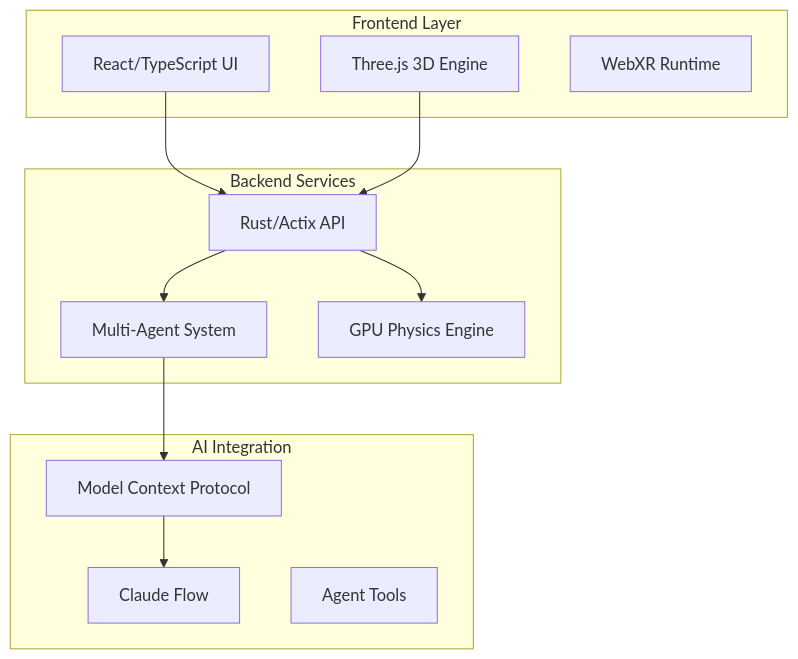
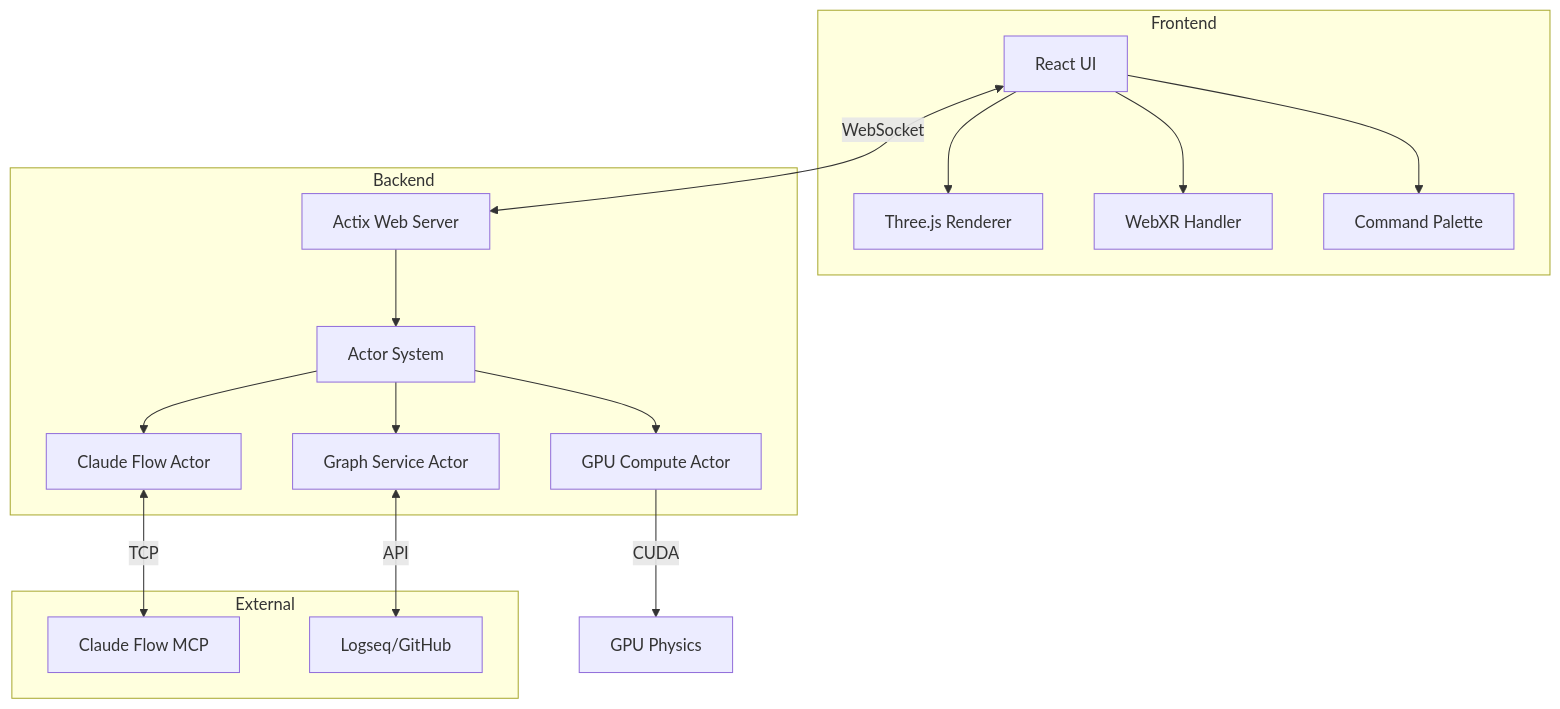
Before and after one commit to DreamLab-AI/VisionFlow: the diagram in docs/README.md, drawn with Mermaid. The commit also changed other lines of this file and 30 other files, not shown here.

````diff
--- a/docs/README.md
+++ b/docs/README.md
@@ -57,27 +96,25 @@
 ```mermaid
 graph TB
-    subgraph "Frontend Layer"
-        UI[React/TypeScript UI]
-        VIZ[Three.js 3D Engine]
-        XR[WebXR Runtime]
+    subgraph "Frontend"
+        A[React UI] --> B[Three.js Renderer]
+        A --> C[WebXR Handler]
+        A --> D[Command Palette]
     end
     
-    subgraph "Backend Services"  
-        API[Rust/Actix API]
-        AGENTS[Multi-Agent System]
-        PHYSICS[GPU Physics Engine]
+    subgraph "Backend"
+        E[Actix Web Server] --> F[Actor System]
+        F --> G[GPU Compute Actor]
+        F --> H[Graph Service Actor]
+        F --> I[Claude Flow Actor]
     end
     
-    subgraph "AI Integration"
-        MCP[Model Context Protocol]
-        CLAUDE[Claude Flow]
-        TOOLS[Agent Tools]
+    subgraph "External"
+        J[Claude Flow MCP]
+        K[Logseq/GitHub]
     end
     
-    UI --> API
-    VIZ --> API  
-    API --> AGENTS
-    API --> PHYSICS
-    AGENTS --> MCP
-    MCP --> CLAUDE
+    A <-->|WebSocket| E
+    I <-->|TCP| J
+    H <-->|API| K
+    G -->|CUDA| L[GPU Physics]
 ```
````
